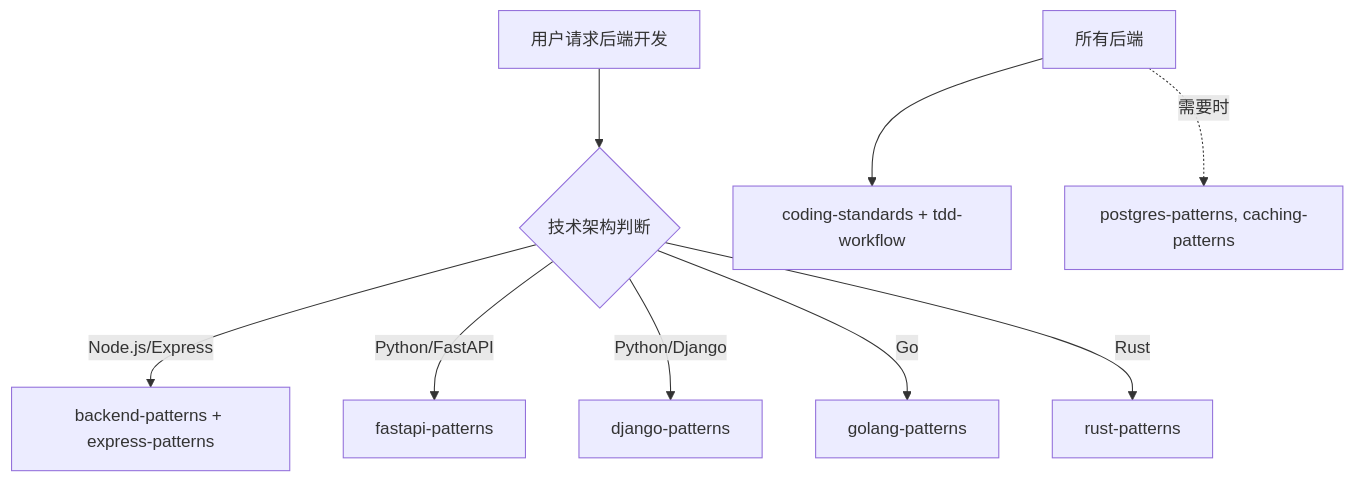
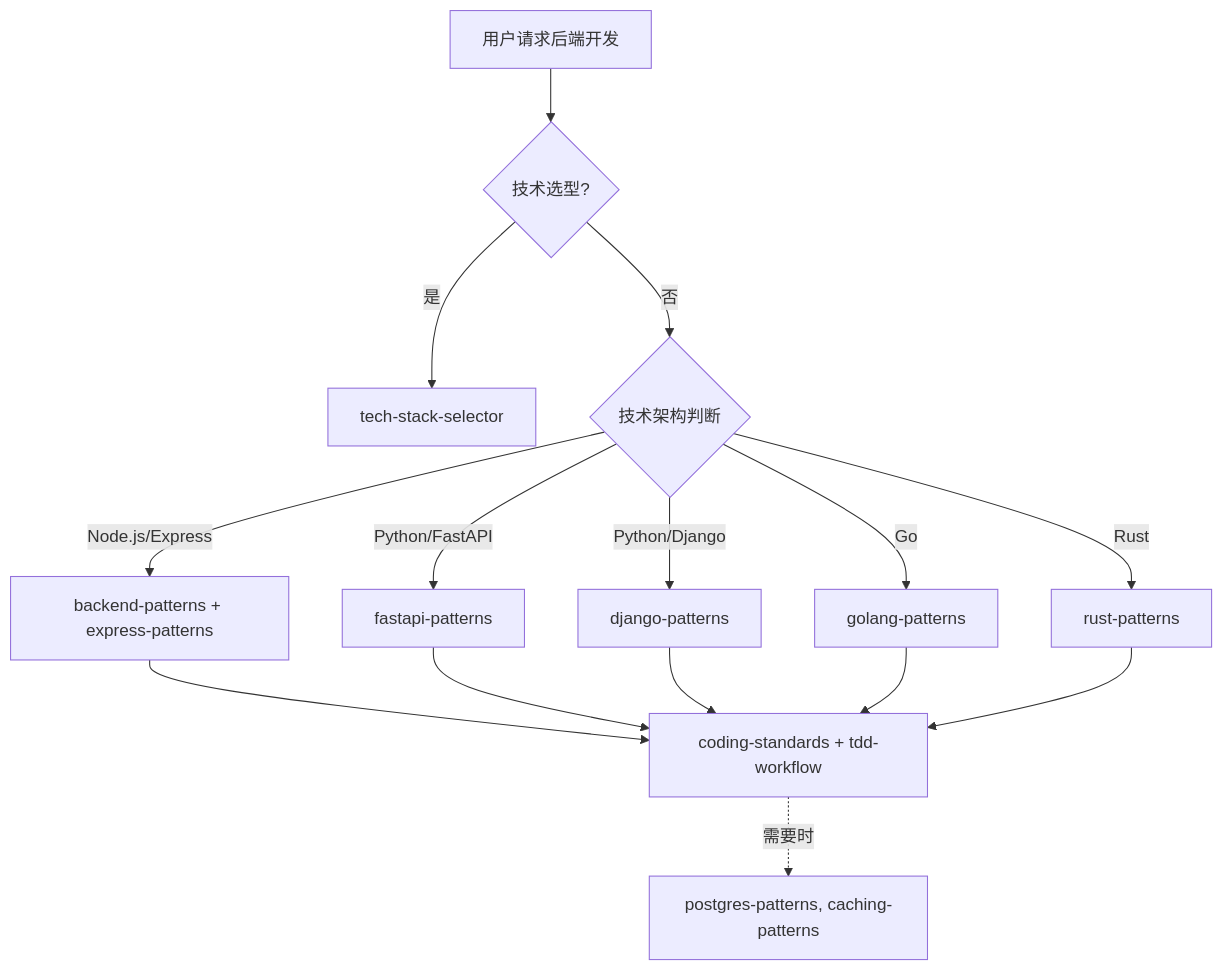
One commit to Tooooommy/Trae-Workflow changed the diagram in agents/backend-team.md. Above: the diagram before and after it, drawn with Mermaid. The commit also changed other lines of this file, not shown here.

Commit message:
feat(backend-team): 添加tech-stack-selector技术选型支持

````diff
--- a/agents/backend-team.md
+++ b/agents/backend-team.md
@@ -30,12 +31,18 @@
 ```mermaid
 flowchart TD
-    A[用户请求后端开发] --> B{技术架构判断}
-    B -->|Node.js/Express| C[backend-patterns + express-patterns]
-    B -->|Python/FastAPI| D[fastapi-patterns]
-    B -->|Python/Django| E[django-patterns]
-    B -->|Go| F[golang-patterns]
-    B -->|Rust| G[rust-patterns]
+    A[用户请求后端开发] --> B{技术选型?}
+    B -->|是| C[tech-stack-selector]
+    B -->|否| D{技术架构判断}
+    D -->|Node.js/Express| E[backend-patterns + express-patterns]
+    D -->|Python/FastAPI| F[fastapi-patterns]
+    D -->|Python/Django| G[django-patterns]
+    D -->|Go| H[golang-patterns]
+    D -->|Rust| I[rust-patterns]
 
-    所有后端 --> H[coding-standards + tdd-workflow]
-    所有后端 -.->|需要时| I[postgres-patterns, caching-patterns]
+    E --> J[coding-standards + tdd-workflow]
+    F --> J
+    G --> J
+    H --> J
+    I --> J
+    J -.->|需要时| K[postgres-patterns, caching-patterns]
 ```
````
